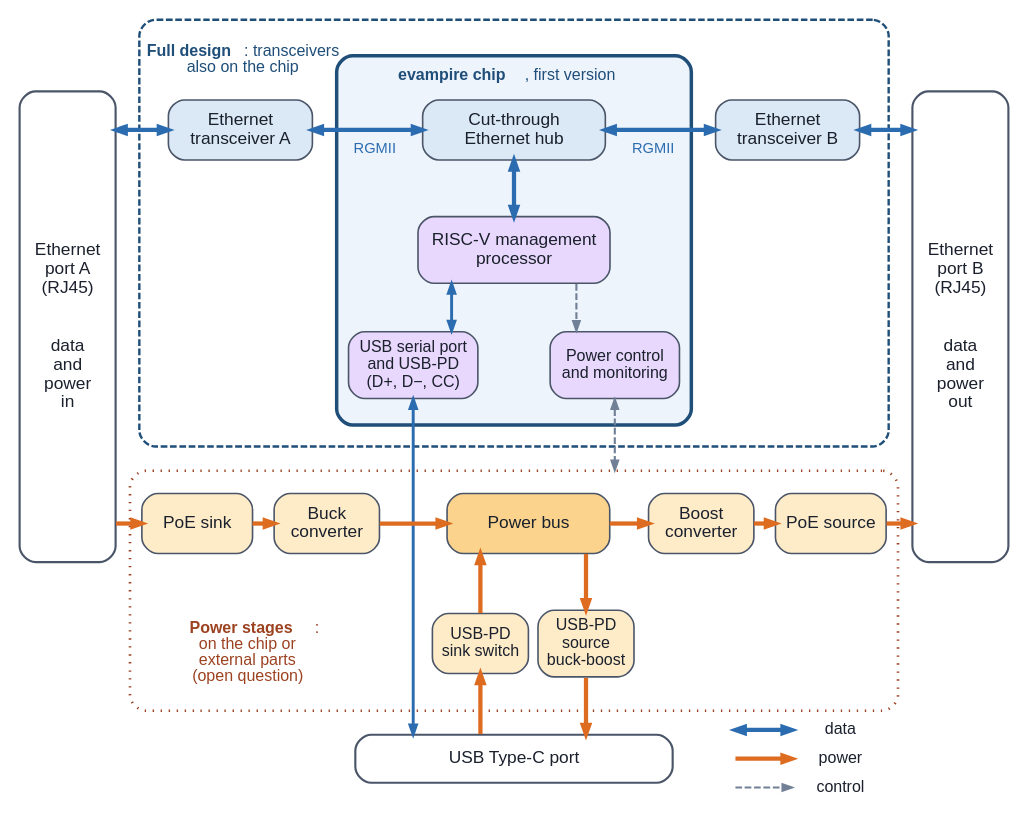
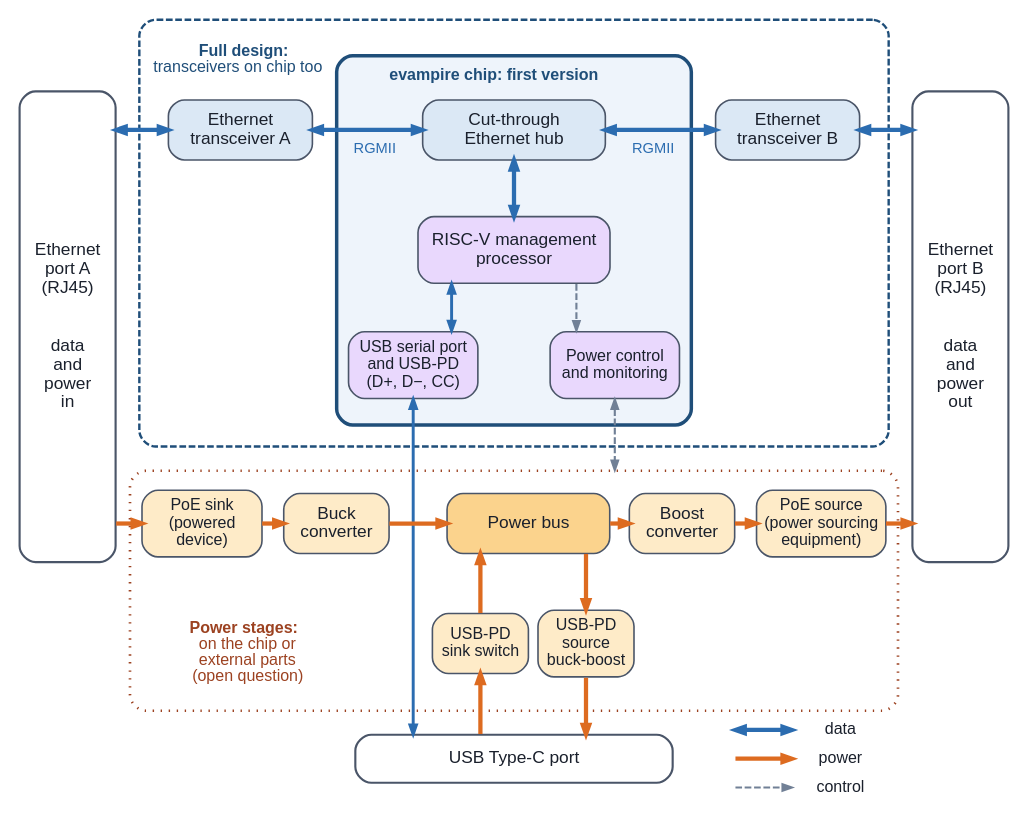
Before and after one commit to mithro/evampire: the diagram in docs/index/overview.dot, drawn with Graphviz. The commit also changed 1 other file, not shown here.

Commit message:
Show the at-a-glance diagram on the front page
Add the diagram as Figure 1 on the front page, with a paragraph that
ties the two chip outlines to the board configurations table and the
dotted power-stage outline to the open questions. Keep each bold
label phrase whole, since browsers and Graphviz measure bold text
differently and split phrases render with gaps.

```diff
--- a/docs/index/overview.dot
+++ b/docs/index/overview.dot
@@ -1,160 +1,160 @@
 // evampire at a glance: the main blocks, how data and power flow between
 // them, and the edge of the chip in each board configuration.
 //
 // Thick blue lines: data. Thick orange lines: power. Dashed grey lines:
 // control. Data runs left to right along the top row, from Ethernet port A to
 // Ethernet port B. Power runs left to right along the bottom row, in at port A
 // and out at port B, with a branch down to and up from USB Type-C.
 //
 // Blocks are pinned on a grid (positions in inches). Edges that must leave a
 // block away from its centre run between invisible anchor points ("a_*")
 // pinned on the block outlines, so that every line is horizontal or vertical:
 //
 //   row y=7.0   data path: port A, transceiver A, hub, transceiver B, port B
 //   row y=5.75  RISC-V management processor
 //   row y=4.55  USB serial and USB-PD interface, power control
 //   row y=2.9   power path: PoE sink, buck, power bus, boost, PoE source
 //   row y=1.65  USB-PD sink switch, USB-PD source converter
 //   row y=0.45  USB Type-C port
 //
 // SPDX-License-Identifier: Apache-2.0
 
 digraph overview {
     graph [layout=neato, splines=false, overlap=true, outputorder=nodesfirst,
            fontname="Helvetica", bgcolor="#ffffff", pad=0.1];
     node  [shape=box, style="rounded,filled", fontname="Helvetica",
            fontsize=13, fixedsize=true, width=1.3, height=0.62,
            color="#4a5568", fontcolor="#1a202c", penwidth=1.2];
     edge  [arrowsize=0.7, penwidth=3.2];
 
     // Anchor points: invisible, so only the edges between them show.
     node [shape=point, style=invis, width=0.01, height=0.01, fixedsize=true];
     a_ad  [pos="1.1,7.0!"];    // port A, data side
     a_ap  [pos="1.1,2.9!"];    // port A, power side
     a_bd  [pos="9.4,7.0!"];    // port B, data side
     a_bp  [pos="9.4,2.9!"];    // port B, power side
     a_cu  [pos="4.6,5.4!"];    // processor, bottom, above the USB interface
     a_cp  [pos="5.9,5.4!"];    // processor, bottom, above power control
     a_iu  [pos="4.6,4.9!"];    // USB interface, top
     a_pc  [pos="5.9,4.9!"];    // power control, top
     a_id  [pos="4.2,4.2!"];    // USB interface, bottom
     a_pd  [pos="6.3,4.2!"];    // power control, bottom
     a_st  [pos="6.3,3.45!"];   // power stages outline, top
     a_cd  [pos="4.2,0.7!"];    // USB Type-C port, top, data
     a_bs  [pos="4.9,2.59!"];   // power bus, bottom, to the sink switch
     a_bo  [pos="6.0,2.59!"];   // power bus, bottom, to the source converter
     a_ss  [pos="4.9,1.34!"];   // sink switch, bottom
     a_st2 [pos="4.9,1.96!"];   // sink switch, top
     a_so  [pos="6.0,1.3!"];    // source converter, bottom
     a_so2 [pos="6.0,2.0!"];    // source converter, top
     a_cs  [pos="4.9,0.7!"];    // USB Type-C port, top, sink
     a_co  [pos="6.0,0.7!"];    // USB Type-C port, top, source
 
     node  [shape=box, style="rounded,filled", fontname="Helvetica",
            fontsize=13, fixedsize=true, width=1.3, height=0.62,
            color="#4a5568", fontcolor="#1a202c", penwidth=1.2];
 
     // ---- Stage outlines, drawn first so they sit behind the blocks. ----
     full   [label="", pos="5.25,5.925!", width=7.8, height=4.45,
             style="rounded,dashed", color="#1f4e79", penwidth=1.8];
     first  [label="", pos="5.25,5.85!", width=3.7, height=3.85,
             style="rounded,filled,bold", fillcolor="#eef4fb",
             color="#1f4e79", penwidth=2.6];
     stages [label="", pos="5.25,2.2!", width=8.0, height=2.5,
             style="rounded,dotted", color="#9c4221", penwidth=2.0];
 
     full_lbl   [shape=plaintext, style="", fixedsize=false, fontsize=12,
                 fontcolor="#1f4e79", pos="2.5,7.72!",
-                label=<<b>Full design</b>: transceivers<br/>also on the chip>];
+                label=<<b>Full design:</b><br/>transceivers on chip too>];
     first_lbl  [shape=plaintext, style="", fixedsize=false, fontsize=12,
                 fontcolor="#1f4e79", pos="5.25,7.55!",
-                label=<<b>evampire chip</b>, first version>];
+                label=<<b>evampire chip: first version</b>>];
     stages_lbl [shape=plaintext, style="", fixedsize=false, fontsize=12,
                 fontcolor="#9c4221", pos="2.55,1.55!",
-                label=<<b>Power stages</b>:<br/>on the chip or<br/>external parts<br/>(open question)>];
+                label=<<b>Power stages:</b><br/>on the chip or<br/>external parts<br/>(open question)>];
     rgmii_a    [shape=plaintext, style="", fixedsize=false, fontsize=11,
                 fontcolor="#2b6cb0", pos="3.8,6.8!", label="RGMII"];
     rgmii_b    [shape=plaintext, style="", fixedsize=false, fontsize=11,
                 fontcolor="#2b6cb0", pos="6.7,6.8!", label="RGMII"];
 
     // ---- Connectors on the board, outside the chip. ----
     port_a [pos="0.6,4.95!", width=1.0, height=4.9, fillcolor="#ffffff",
             penwidth=1.6, label="Ethernet\nport A\n(RJ45)\n\n\ndata\nand\npower\nin"];
     port_b [pos="9.9,4.95!", width=1.0, height=4.9, fillcolor="#ffffff",
             penwidth=1.6, label="Ethernet\nport B\n(RJ45)\n\n\ndata\nand\npower\nout"];
     usbc   [pos="5.25,0.45!", width=3.3, height=0.5, fillcolor="#ffffff",
             penwidth=1.6, label="USB Type-C port"];
 
     // ---- Data path. ----
     phy_a [pos="2.4,7.0!", width=1.5, fillcolor="#dbe8f5",
            label="Ethernet\ntransceiver A"];
     hub   [pos="5.25,7.0!", width=1.9, fillcolor="#dbe8f5",
            label="Cut-through\nEthernet hub"];
     phy_b [pos="8.1,7.0!", width=1.5, fillcolor="#dbe8f5",
            label="Ethernet\ntransceiver B"];
 
     // ---- Processor and its interfaces. ----
     cpu   [pos="5.25,5.75!", width=2.0, height=0.7, fillcolor="#e9d8fd",
            label="RISC-V management\nprocessor"];
     usbif [pos="4.2,4.55!", width=1.35, height=0.7, fillcolor="#e9d8fd",
            fontsize=12, label="USB serial port\nand USB-PD\n(D+, D−, CC)"];
     pwrc  [pos="6.3,4.55!", width=1.35, height=0.7, fillcolor="#e9d8fd",
            fontsize=12, label="Power control\nand monitoring"];
 
     // ---- Power path. ----
-    poe_sink [pos="1.95,2.9!", width=1.15, fillcolor="#feebc8",
-              label="PoE sink"];
-    buck     [pos="3.3,2.9!", width=1.1, fillcolor="#feebc8",
+    poe_sink [pos="2.0,2.9!", width=1.25, height=0.7, fillcolor="#feebc8",
+              fontsize=12, label="PoE sink\n(powered\ndevice)"];
+    buck     [pos="3.4,2.9!", width=1.1, fillcolor="#feebc8",
               label="Buck\nconverter"];
     bus      [pos="5.4,2.9!", width=1.7, fillcolor="#fbd38d",
               style="rounded,filled,bold", label="Power bus"];
-    boost    [pos="7.2,2.9!", width=1.1, fillcolor="#feebc8",
+    boost    [pos="7.0,2.9!", width=1.1, fillcolor="#feebc8",
               label="Boost\nconverter"];
-    poe_src  [pos="8.55,2.9!", width=1.15, fillcolor="#feebc8",
-              label="PoE source"];
+    poe_src  [pos="8.45,2.9!", width=1.35, height=0.7, fillcolor="#feebc8",
+              fontsize=12, label="PoE source\n(power sourcing\nequipment)"];
     usb_sink [pos="4.9,1.65!", width=1.0, fillcolor="#feebc8",
               fontsize=12, label="USB-PD\nsink switch"];
     usb_src  [pos="6.0,1.65!", width=1.0, height=0.7, fillcolor="#feebc8",
               fontsize=12, label="USB-PD\nsource\nbuck-boost"];
 
     // ---- Data: straight along the top row, down to the processor, and
     // down again to USB. ----
     a_ad  -> phy_a [dir=both, color="#2b6cb0"];
     phy_a -> hub   [dir=both, color="#2b6cb0"];
     hub   -> phy_b [dir=both, color="#2b6cb0"];
     phy_b -> a_bd  [dir=both, color="#2b6cb0"];
     hub   -> cpu   [dir=both, color="#2b6cb0"];
     a_cu  -> a_iu  [dir=both, color="#2b6cb0", penwidth=2.2];
     a_id  -> a_cd  [dir=both, color="#2b6cb0", penwidth=2.2];
 
     // ---- Power: straight along the bottom row, in at A and out at B, with
     // the USB branch below the bus. ----
     a_ap     -> poe_sink [color="#dd6b20"];
     poe_sink -> buck     [color="#dd6b20"];
     buck     -> bus      [color="#dd6b20"];
     bus      -> boost    [color="#dd6b20"];
     boost    -> poe_src  [color="#dd6b20"];
     poe_src  -> a_bp     [color="#dd6b20"];
     a_cs     -> a_ss     [color="#dd6b20"];
     a_st2    -> a_bs     [color="#dd6b20"];
     a_bo     -> a_so2    [color="#dd6b20"];
     a_so     -> a_co     [color="#dd6b20"];
 
     // ---- Legend, to the right of the USB Type-C port. ----
     node [shape=point, style=invis, width=0.01, height=0.01, fixedsize=true];
     l_d1 [pos="7.55,0.75!"]; l_d2 [pos="8.15,0.75!"];
     l_p1 [pos="7.55,0.45!"]; l_p2 [pos="8.15,0.45!"];
     l_c1 [pos="7.55,0.15!"]; l_c2 [pos="8.15,0.15!"];
     node [shape=plaintext, style="", fixedsize=false, fontsize=12,
           fontcolor="#1a202c"];
     l_dt [pos="8.65,0.75!", label="data"];
     l_pt [pos="8.65,0.45!", label="power"];
     l_ct [pos="8.65,0.15!", label="control"];
     l_d1 -> l_d2 [color="#2b6cb0", dir=both];
     l_p1 -> l_p2 [color="#dd6b20"];
     l_c1 -> l_c2 [style=dashed, color="#718096", penwidth=1.6];
 
     // ---- Control. ----
     a_cp -> a_pc [style=dashed, color="#718096", penwidth=1.6];
     a_pd -> a_st [style=dashed, color="#718096", penwidth=1.6, dir=both];
 }
```
